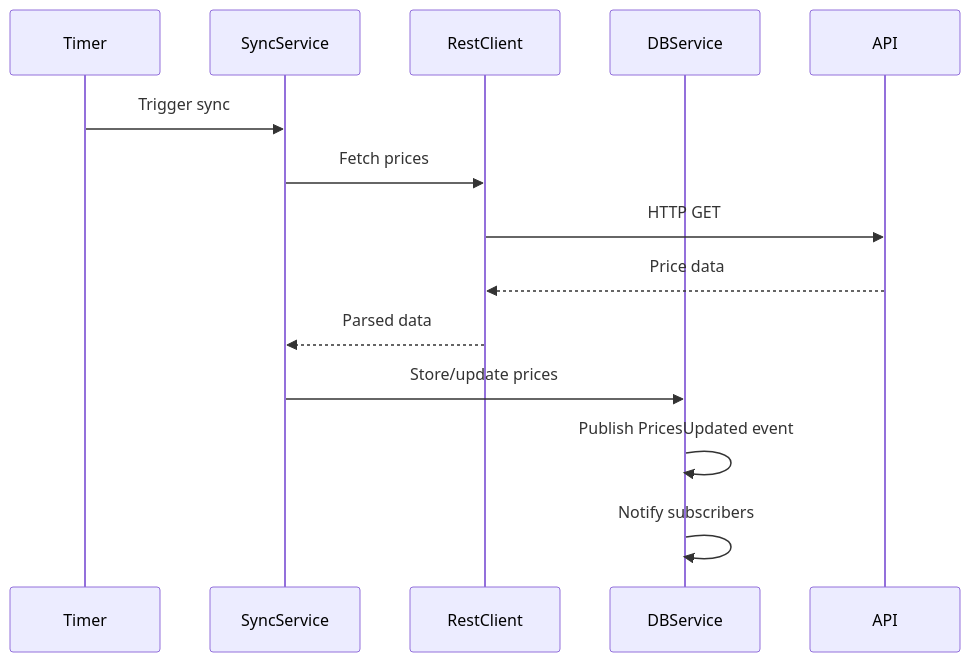
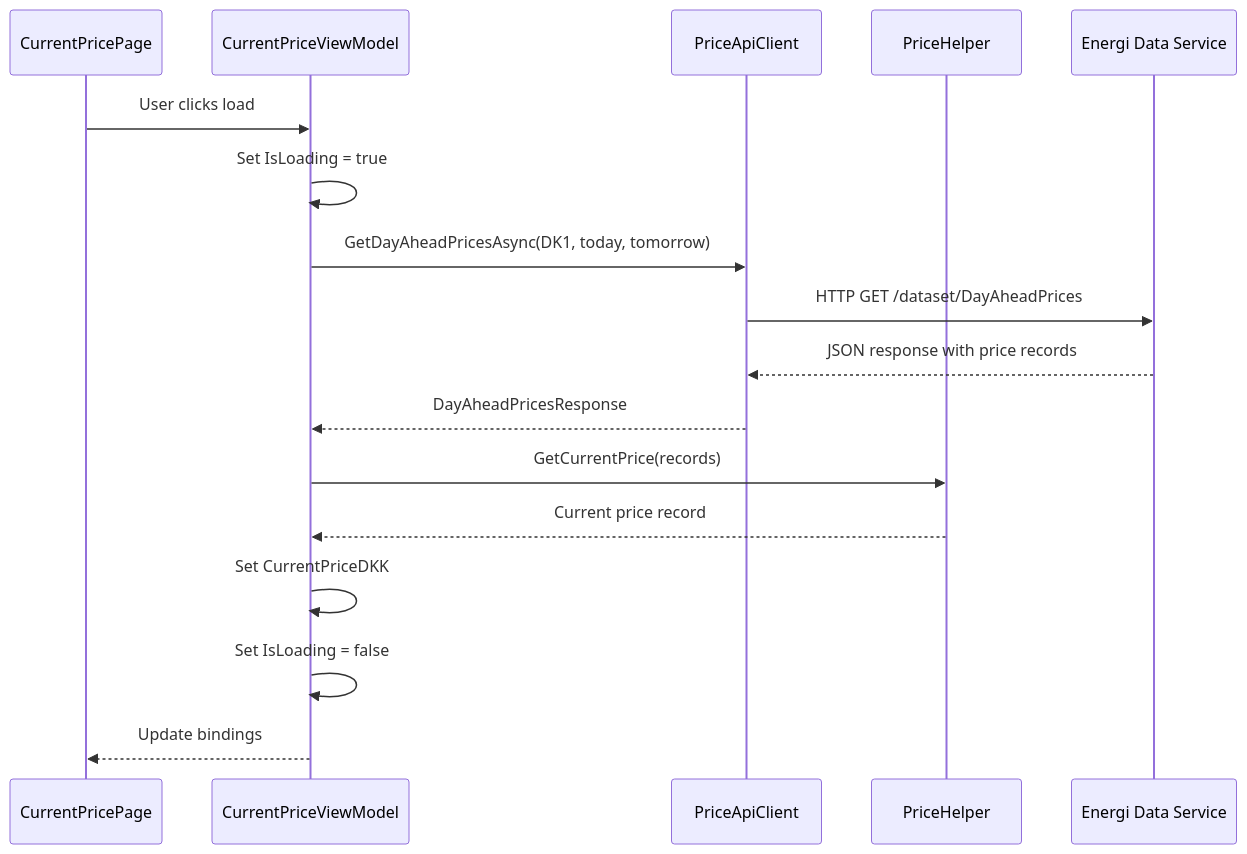
The second of 2 diagrams in docs/architecture.md (henmyg/exploration), drawn with Mermaid before and after one commit. The commit also changed other lines of this file and 1 other file, not shown here.

Commit message:
Update architecture to be on par with current app

````diff
--- a/docs/architecture.md
+++ b/docs/architecture.md
@@ -108,17 +93,20 @@
 ```mermaid
 sequenceDiagram
-    participant Timer
-    participant SyncService
-    participant RestClient
-    participant DBService
-    participant API
+    participant View as CurrentPricePage
+    participant VM as CurrentPriceViewModel
+    participant Client as PriceApiClient
+    participant Helper as PriceHelper
+    participant API as Energi Data Service
 
-    Timer->>SyncService: Trigger sync
-    SyncService->>RestClient: Fetch prices
-    RestClient->>API: HTTP GET
-    API-->>RestClient: Price data
-    RestClient-->>SyncService: Parsed data
-    SyncService->>DBService: Store/update prices
-    DBService->>DBService: Publish PricesUpdated event
-    DBService->>DBService: Notify subscribers
+    View->>VM: User clicks load
+    VM->>VM: Set IsLoading = true
+    VM->>Client: GetDayAheadPricesAsync(DK1, today, tomorrow)
+    Client->>API: HTTP GET /dataset/DayAheadPrices
+    API-->>Client: JSON response with price records
+    Client-->>VM: DayAheadPricesResponse
+    VM->>Helper: GetCurrentPrice(records)
+    Helper-->>VM: Current price record
+    VM->>VM: Set CurrentPriceDKK
+    VM->>VM: Set IsLoading = false
+    VM-->>View: Update bindings
 ```
````
